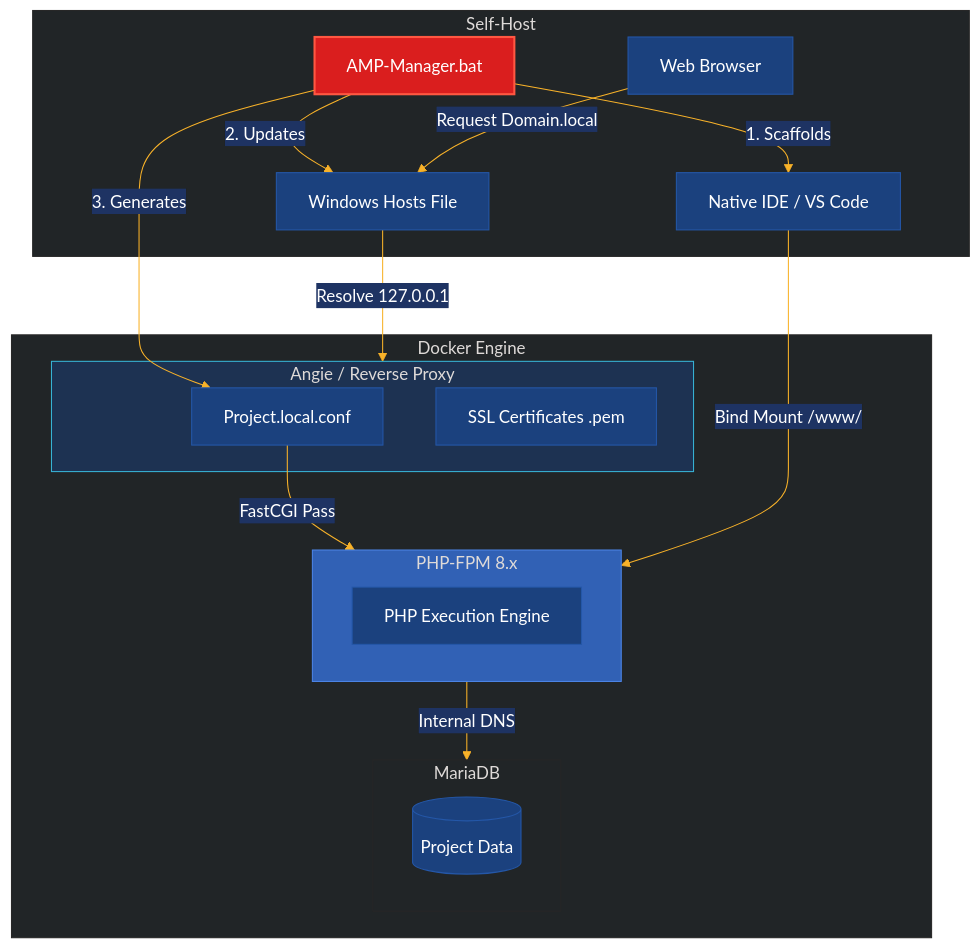
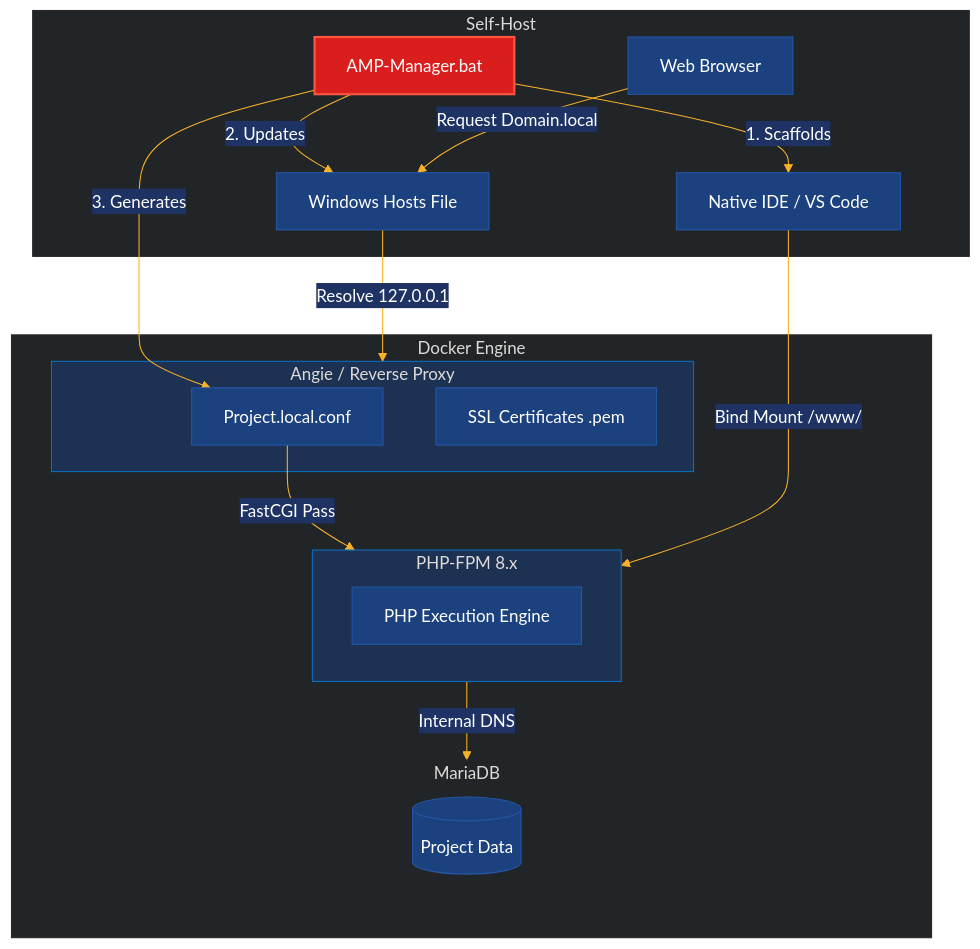
Before and after one commit to gigamaster/amp: the first of 2 diagrams in README.md, drawn with Mermaid. The commit also changed 12 other files, not shown here.

````diff
--- a/README.md
+++ b/README.md
@@ -44,52 +44,52 @@
 ```mermaid
 ---
 config:
   theme: 'base'
   themeVariables:
     primaryColor: '#1b417e'
     primaryTextColor: '#fff'
     primaryBorderColor: '#2457a8'
     lineColor: '#F8B229'
     secondaryColor: '#1e3363'
     secondaryBorderColor: '#ff9800'
     tertiaryColor: '#212527'
     tertiaryBorderColor: '#272727'
 ---
 graph TD
     subgraph Windows_Host [Self-Host]
         Browser[Web Browser]
         HostsFile[Windows Hosts File]
         IDE[Native IDE / VS Code]
         Manager[AMP-Manager.bat]
     end
 
     subgraph Docker_Engine [Docker Engine]
         subgraph Angie_Container [Angie / Reverse Proxy]
             Vhost[Project.local.conf]
             SSL[SSL Certificates .pem]
         end
         subgraph PHP_Container [PHP-FPM 8.x]
             Code[PHP Execution Engine]
         end
         subgraph DB_Container [MariaDB]
             Data[(Project Data)]
         end
     end
 
     %% Interactions
     Manager --"1. Scaffolds"--> IDE
     Manager --"2. Updates"--> HostsFile
     Manager --"3. Generates"--> Vhost
     
     Browser --"Request Domain.local"--> HostsFile
     HostsFile --"Resolve 127.0.0.1"--> Angie_Container
     
     Vhost --"FastCGI Pass"--> PHP_Container
     IDE --"Bind Mount /www/"--> PHP_Container
     PHP_Container --"Internal DNS"--> DB_Container
     
     %% Styling
     style Manager fill:#da1e1e,stroke:#ff5742,stroke-width:2px
-    style Angie_Container fill:#1b417e80,stroke:#37b2d4
-    style PHP_Container fill:#3161b5,stroke:#4c84e6
+    style Angie_Container fill:#1b417e80,stroke:#0a6fc2
+    style PHP_Container fill:#1b417e80,stroke:#0a6fc2
 ```
````
